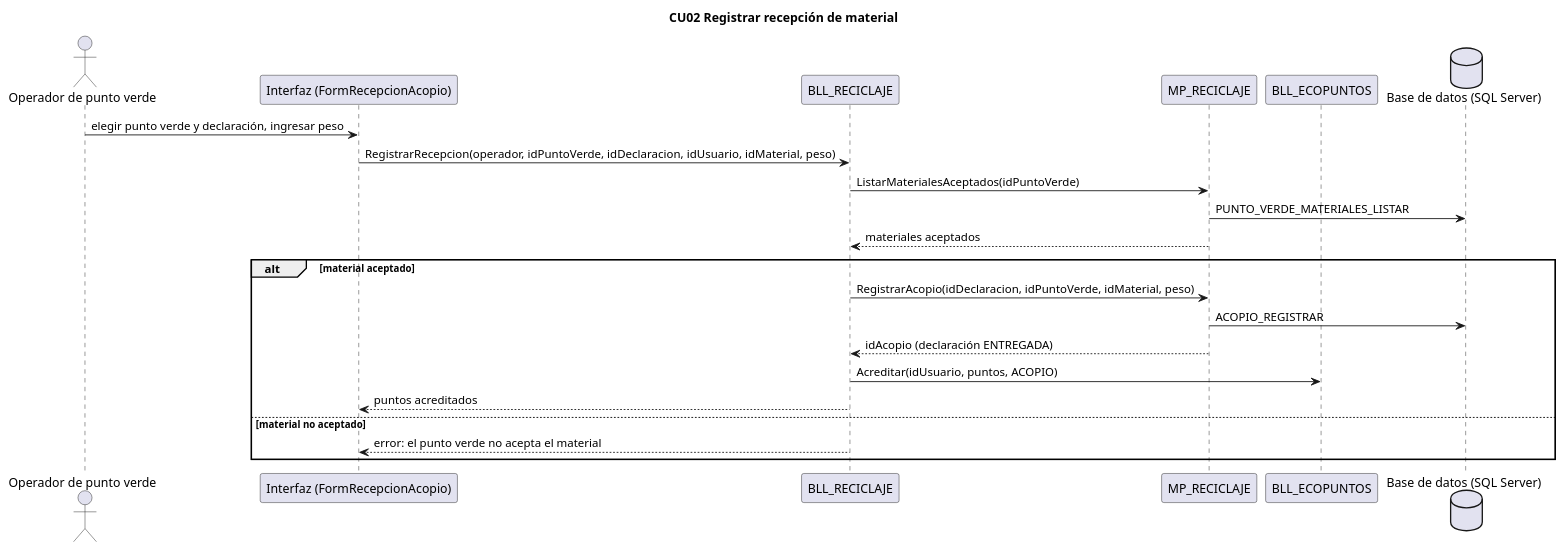
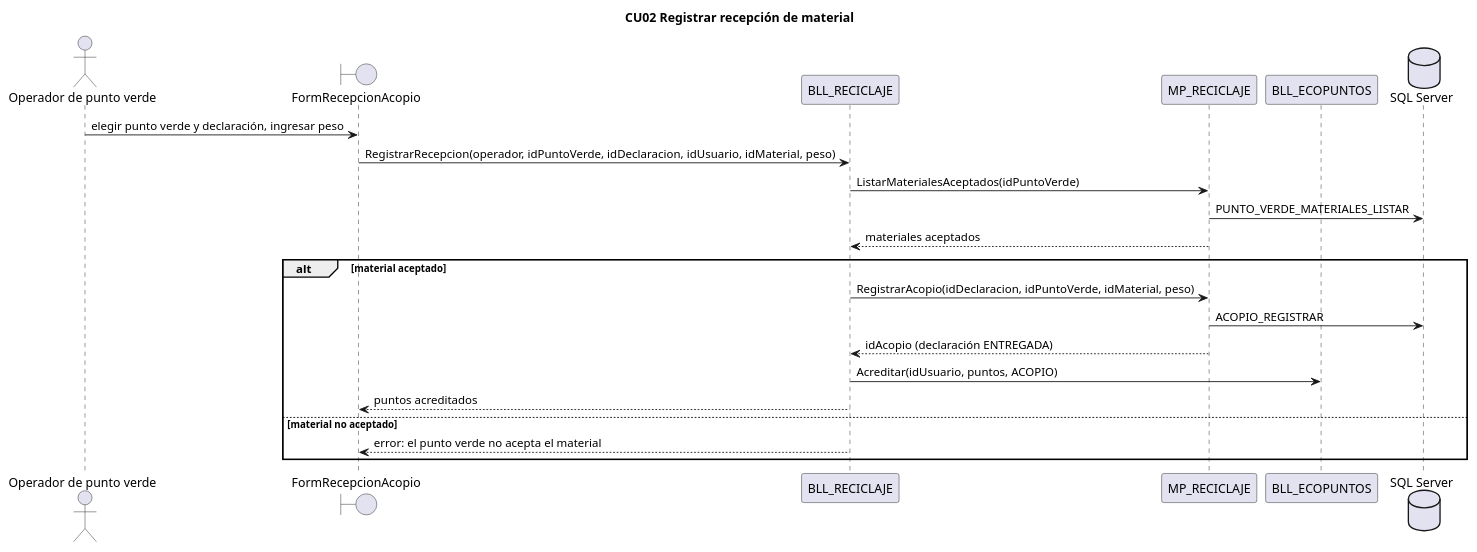
The diagram in docs/diagramas/secuencias/CU02_registrar_recepcion.puml (L-Muniz/uai-diploma_2026), drawn with PlantUML before and after one commit. The commit also changed 36 other files, not shown here.

Commit message:
Docs: secuencias con símbolos de interfaz (boundary) y base de datos (database) de PlantUML

```diff
--- a/docs/diagramas/secuencias/CU02_registrar_recepcion.puml
+++ b/docs/diagramas/secuencias/CU02_registrar_recepcion.puml
@@ -1,23 +1,23 @@
 @startuml CU02
 title CU02 Registrar recepción de material
 actor "Operador de punto verde" as Op
-participant "Interfaz (FormRecepcionAcopio)" as IU
+boundary "FormRecepcionAcopio" as IU
 participant "BLL_RECICLAJE" as BLL
 participant "MP_RECICLAJE" as DAL
 participant "BLL_ECOPUNTOS" as EP
-database "Base de datos (SQL Server)" as BD
+database "SQL Server" as BD
 Op -> IU : elegir punto verde y declaración, ingresar peso
 IU -> BLL : RegistrarRecepcion(operador, idPuntoVerde, idDeclaracion, idUsuario, idMaterial, peso)
 BLL -> DAL : ListarMaterialesAceptados(idPuntoVerde)
 DAL -> BD : PUNTO_VERDE_MATERIALES_LISTAR
 DAL --> BLL : materiales aceptados
 alt material aceptado
   BLL -> DAL : RegistrarAcopio(idDeclaracion, idPuntoVerde, idMaterial, peso)
 DAL -> BD : ACOPIO_REGISTRAR
   DAL --> BLL : idAcopio (declaración ENTREGADA)
   BLL -> EP : Acreditar(idUsuario, puntos, ACOPIO)
   BLL --> IU : puntos acreditados
 else material no aceptado
   BLL --> IU : error: el punto verde no acepta el material
 end
 @enduml
```
